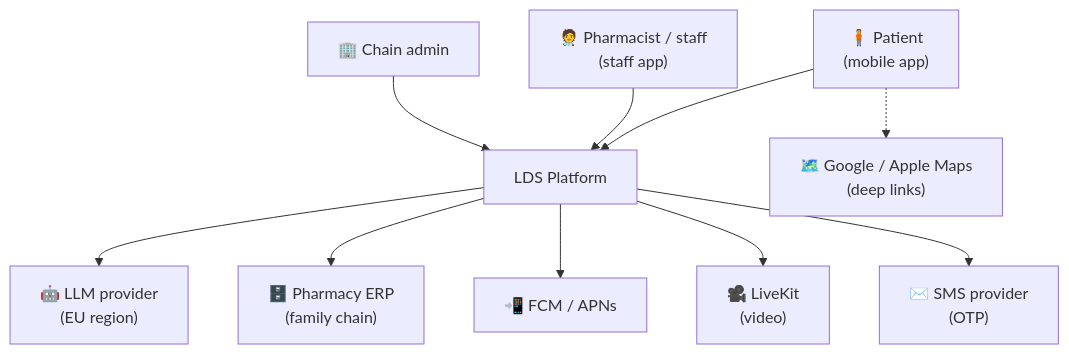
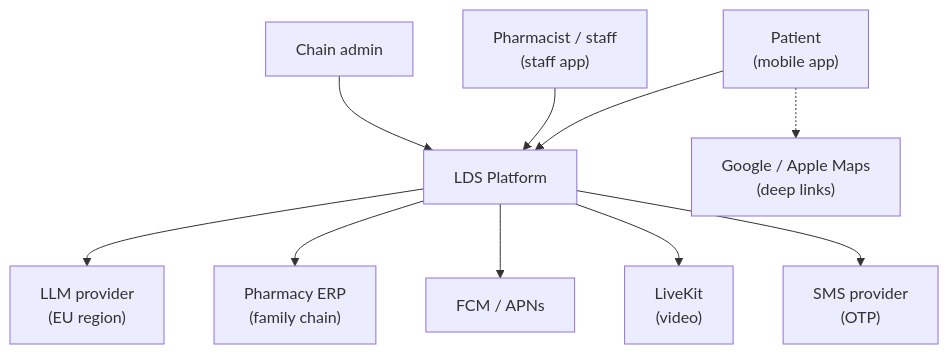
One commit to MehaiIulian/medical-localdistributionsystem changed the first of 5 diagrams in docs/06-architecture.md. Above: the diagram before and after it, drawn with Mermaid. The commit also changed other lines of this file and 10 other files, not shown here.

````diff
--- a/docs/06-architecture.md
+++ b/docs/06-architecture.md
@@ -10,25 +10,25 @@
 ```mermaid
 flowchart TB
-    Patient["🧍 Patient<br/>(mobile app)"]
-    Staff["🧑‍⚕️ Pharmacist / staff<br/>(staff app)"]
-    Admin["🏢 Chain admin"]
+    Patient["Patient<br/>(mobile app)"]
+    Staff["Pharmacist / staff<br/>(staff app)"]
+    Admin["Chain admin"]
 
     LDS["LDS Platform"]
 
-    LLM["🤖 LLM provider<br/>(EU region)"]
-    ERP["🗄️ Pharmacy ERP<br/>(family chain)"]
-    Push["📲 FCM / APNs"]
-    LK["🎥 LiveKit<br/>(video)"]
-    SMS["✉️ SMS provider<br/>(OTP)"]
-    Maps["🗺️ Google / Apple Maps<br/>(deep links)"]
+    LLM["LLM provider<br/>(EU region)"]
+    ERP["Pharmacy ERP<br/>(family chain)"]
+    Push["FCM / APNs"]
+    LK["LiveKit<br/>(video)"]
+    SMS["SMS provider<br/>(OTP)"]
+    Maps["Google / Apple Maps<br/>(deep links)"]
 
     Patient --> LDS
     Staff --> LDS
     Admin --> LDS
     LDS --> LLM
     LDS --> ERP
     LDS --> Push
     LDS --> LK
     LDS --> SMS
     Patient -.-> Maps
 ```
````
